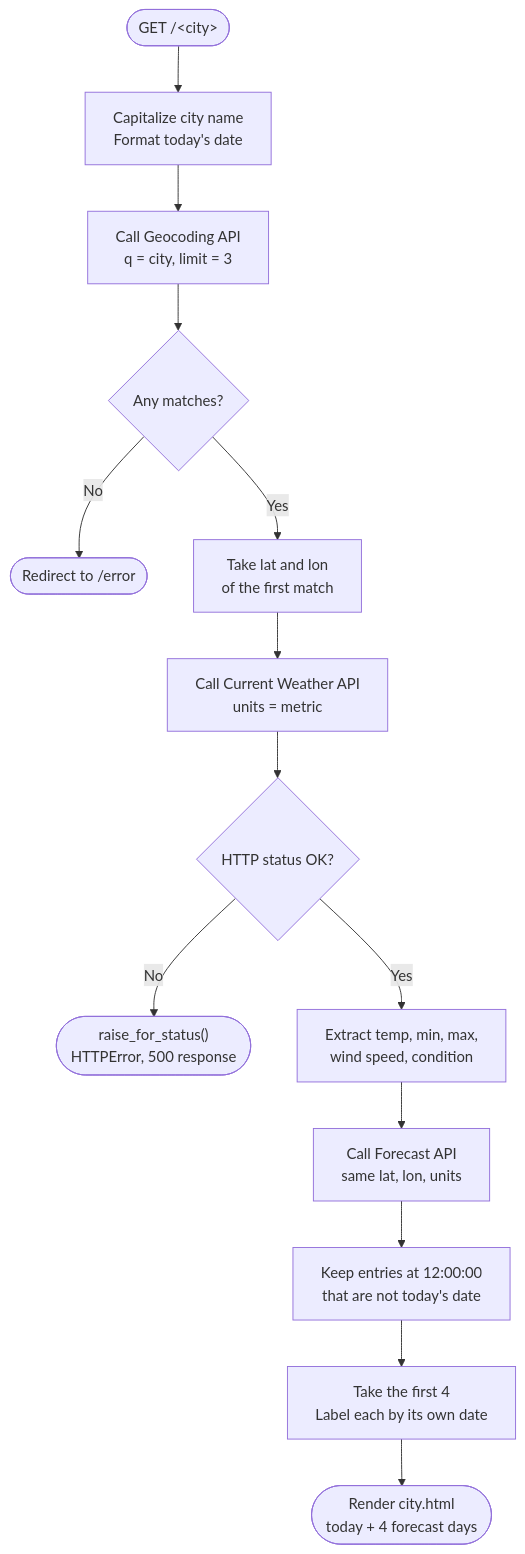
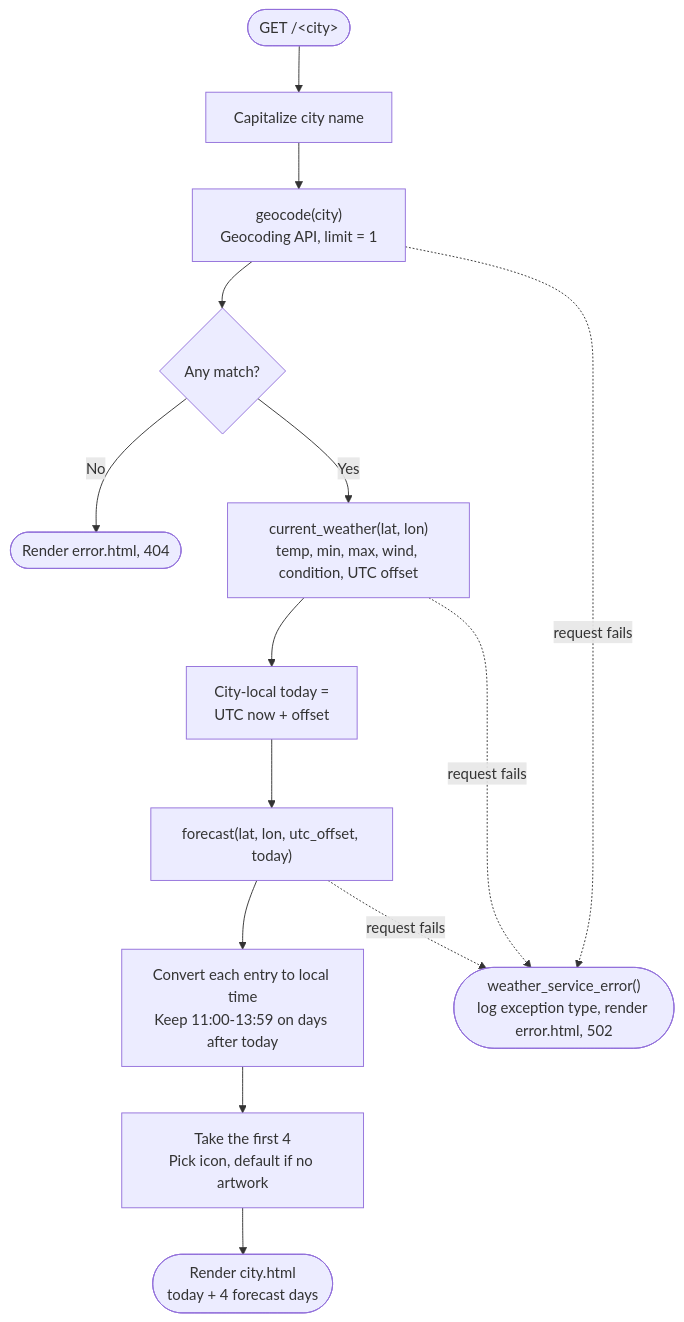
Before and after one commit to kousen/claude-code-training: the third of 3 diagrams in exercises/python/weather-app/docs/architecture.md, drawn with Mermaid. The commit also changed other lines of this file and 8 other files, not shown here.

````diff
--- a/exercises/python/weather-app/docs/architecture.md
+++ b/exercises/python/weather-app/docs/architecture.md
@@ -98,16 +119,18 @@
 ```mermaid
 flowchart TD
-    Start(["GET /#lt;city#gt;"]) --> Format["Capitalize city name<br/>Format today's date"]
-    Format --> GeoCall["Call Geocoding API<br/>q = city, limit = 3"]
-    GeoCall --> Found{"Any matches?"}
-    Found -->|"No"| ErrorPage(["Redirect to /error"])
-    Found -->|"Yes"| Coords["Take lat and lon<br/>of the first match"]
-    Coords --> CurCall["Call Current Weather API<br/>units = metric"]
-    CurCall --> Status{"HTTP status OK?"}
-    Status -->|"No"| Raise(["raise_for_status()<br/>HTTPError, 500 response"])
-    Status -->|"Yes"| Extract["Extract temp, min, max,<br/>wind speed, condition"]
-    Extract --> FcCall["Call Forecast API<br/>same lat, lon, units"]
-    FcCall --> Filter["Keep entries at 12:00:00<br/>that are not today's date"]
-    Filter --> Slice["Take the first 4<br/>Label each by its own date"]
+    Start(["GET /#lt;city#gt;"]) --> Format["Capitalize city name"]
+    Format --> GeoCall["geocode(city)<br/>Geocoding API, limit = 1"]
+    GeoCall --> Found{"Any match?"}
+    Found -->|"No"| NotFound(["Render error.html, 404"])
+    Found -->|"Yes"| CurCall["current_weather(lat, lon)<br/>temp, min, max, wind, condition, UTC offset"]
+    CurCall --> Today["City-local today =<br/>UTC now + offset"]
+    Today --> FcCall["forecast(lat, lon, utc_offset, today)"]
+    FcCall --> Filter["Convert each entry to local time<br/>Keep 11:00-13:59 on days after today"]
+    Filter --> Slice["Take the first 4<br/>Pick icon, default if no artwork"]
     Slice --> Render(["Render city.html<br/>today + 4 forecast days"])
+
+    GeoCall -.->|"request fails"| Fail
+    CurCall -.->|"request fails"| Fail
+    FcCall -.->|"request fails"| Fail
+    Fail(["weather_service_error()<br/>log exception type, render error.html, 502"])
 ```
````
